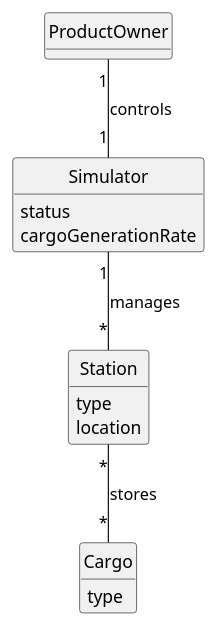
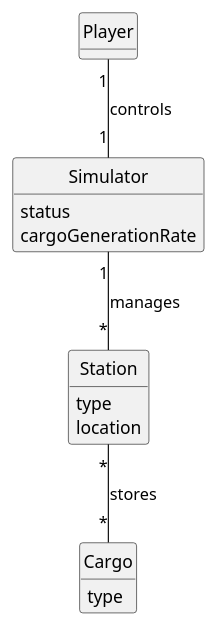
Before and after one commit to goncalolopesp/sem2-pi-24.25-g093-repo: the diagram in docs/system-documentation/US012/02.analysis/puml/US012-DM.puml, drawn with PlantUML. The commit also changed 3 other files, not shown here.

```diff
--- a/docs/system-documentation/US012/02.analysis/puml/US012-DM.puml
+++ b/docs/system-documentation/US012/02.analysis/puml/US012-DM.puml
@@ -1,31 +1,31 @@
 @startuml
 skinparam monochrome true
 skinparam packageStyle rectangle
 skinparam shadowing false
 skinparam classAttributeIconSize 0
 
 hide circle
 hide methods
 
-class ProductOwner {
+class Player {
 }
 
 class Simulator {
     status
     cargoGenerationRate
 }
 
 class Station {
     type
     location
 }
 
 class Cargo {
     type
 }
 
-ProductOwner "1" -- "1" Simulator : controls
+Player "1" -- "1" Simulator : controls
 Simulator "1" -- "*" Station : manages
 Station "*" -- "*" Cargo : stores
 
 @enduml
```
